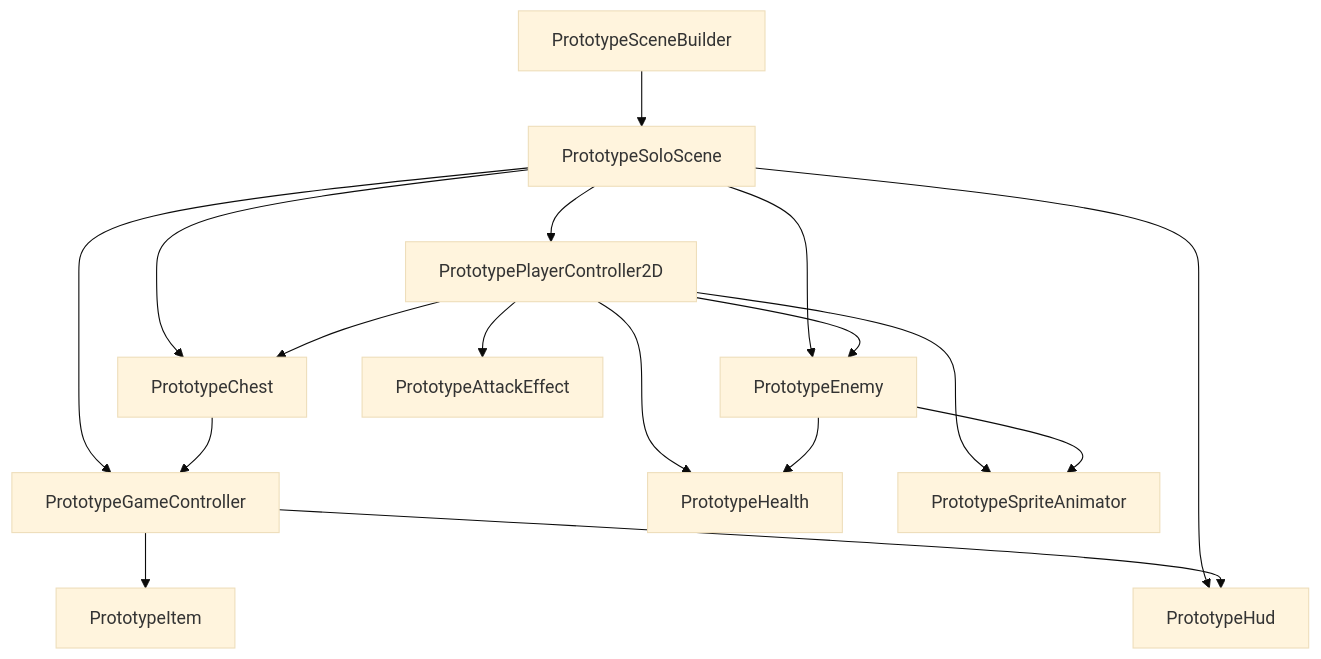
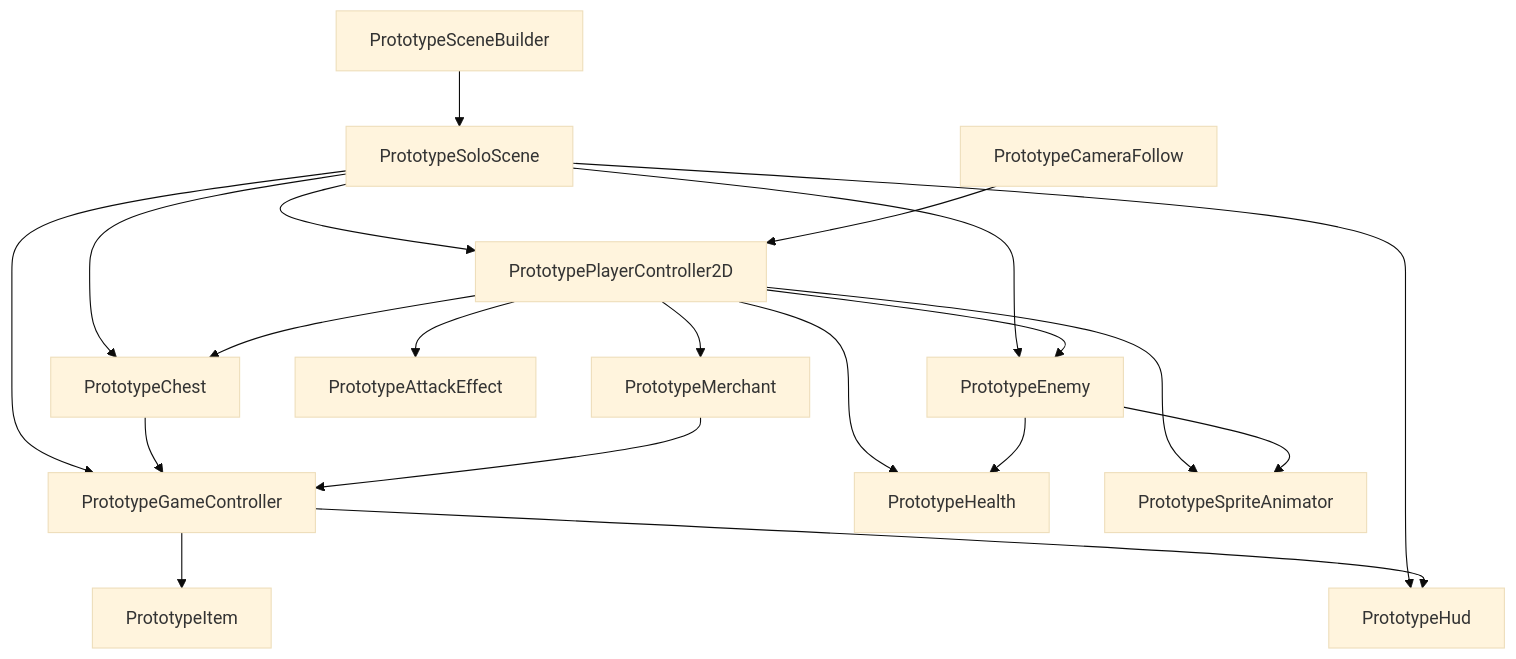
Before and after one commit to Umigarasu01/FantasyRoyale: the diagram in RuneBoardTacticsVault/Architecture/SceneClassStructure.md, drawn with Mermaid (base theme). The commit also changed other lines of this file and 122 other files, not shown here.

````diff
--- a/RuneBoardTacticsVault/Architecture/SceneClassStructure.md
+++ b/RuneBoardTacticsVault/Architecture/SceneClassStructure.md
@@ -10,31 +10,36 @@
 ```mermaid
 flowchart TD
     Scene["PrototypeSoloScene"]
     Builder["PrototypeSceneBuilder"]
     Game["PrototypeGameController"]
     Player["PrototypePlayerController2D"]
     Health["PrototypeHealth"]
     Enemy["PrototypeEnemy"]
     Chest["PrototypeChest"]
     Item["PrototypeItem"]
     Hud["PrototypeHud"]
     Anim["PrototypeSpriteAnimator"]
     AttackFx["PrototypeAttackEffect"]
+    Merchant["PrototypeMerchant"]
+    Camera["PrototypeCameraFollow"]
 
     Builder --> Scene
     Scene --> Game
     Scene --> Player
     Scene --> Enemy
     Scene --> Chest
     Scene --> Hud
     Game --> Item
     Game --> Hud
     Player --> Health
     Enemy --> Health
     Player --> Enemy
     Player --> Chest
     Chest --> Game
     Player --> Anim
     Enemy --> Anim
     Player --> AttackFx
+    Player --> Merchant
+    Merchant --> Game
+    Camera --> Player
 ```
````
